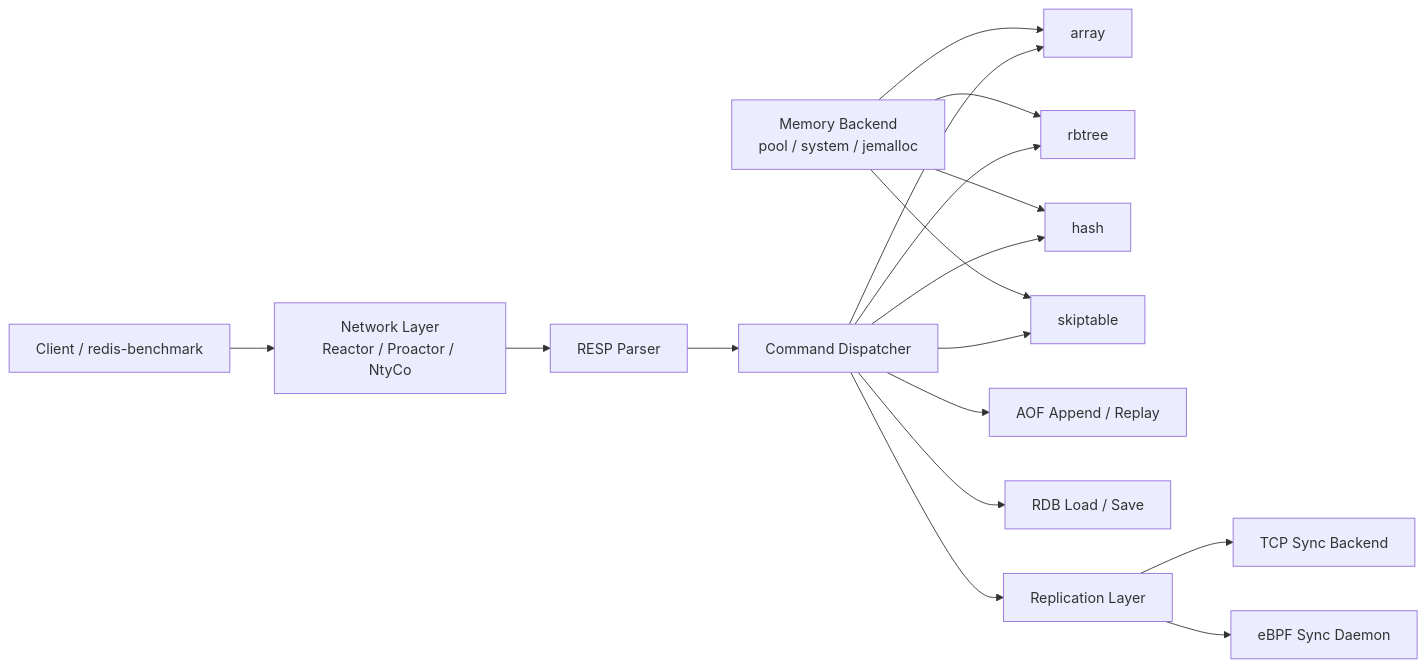
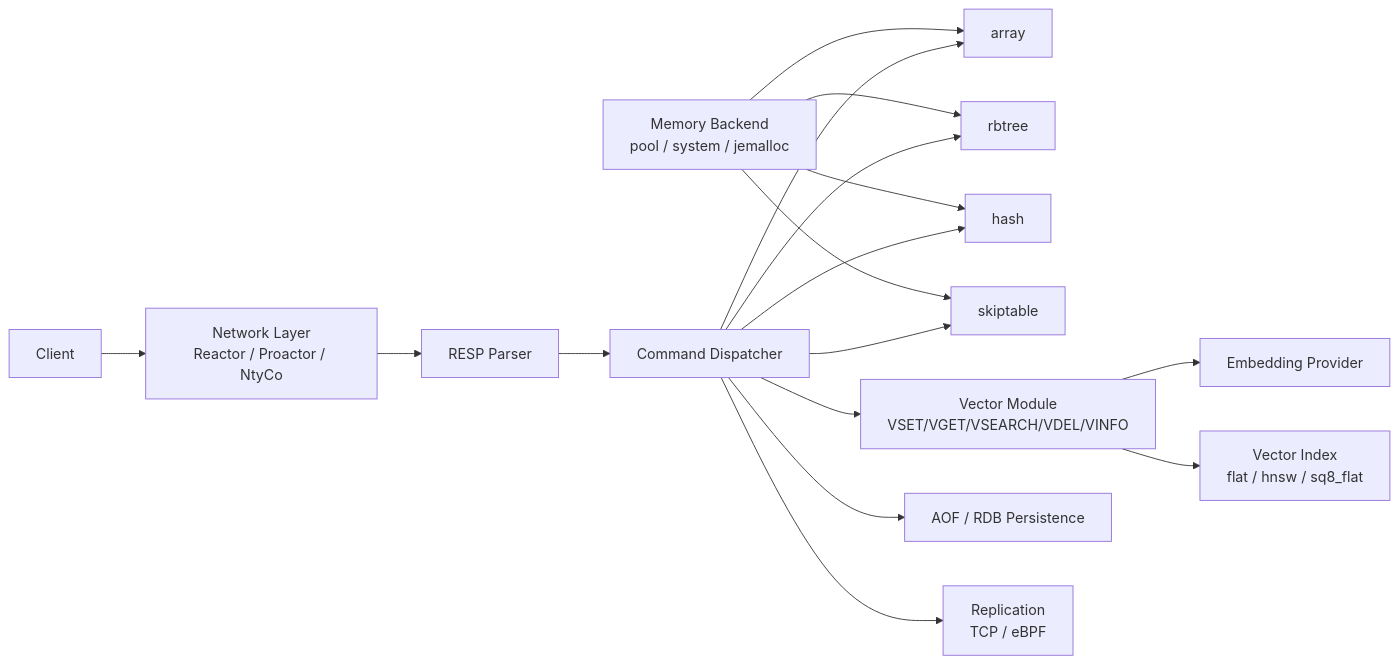
Before and after one commit to 208822032/Roven: the first of 3 diagrams in README.md, drawn with Mermaid. The commit also changed other lines of this file and 3 other files, not shown here.

````diff
--- a/README.md
+++ b/README.md
@@ -37,22 +72,22 @@
 ```mermaid
 flowchart LR
-    C[Client / redis-benchmark] --> N[Network Layer<br/>Reactor / Proactor / NtyCo]
+    C[Client] --> N[Network Layer<br/>Reactor / Proactor / NtyCo]
     N --> P[RESP Parser]
     P --> D[Command Dispatcher]
     D --> S1[array]
     D --> S2[rbtree]
     D --> S3[hash]
     D --> S4[skiptable]
 
-    D --> AOF[AOF Append / Replay]
-    D --> RDB[RDB Load / Save]
+    D --> VEC[Vector Module<br/>VSET/VGET/VSEARCH/VDEL/VINFO]
+    VEC --> EMB[Embedding Provider]
+    VEC --> IDX[Vector Index<br/>flat / hnsw / sq8_flat]
 
-    D --> SYNC[Replication Layer]
-    SYNC --> TCP[TCP Sync Backend]
-    SYNC --> EBPF[eBPF Sync Daemon]
+    D --> AOF[AOF / RDB Persistence]
+    D --> SYNC[Replication<br/>TCP / eBPF]
 
     M[Memory Backend<br/>pool / system / jemalloc] --> S1
     M --> S2
     M --> S3
     M --> S4
 ```
````
